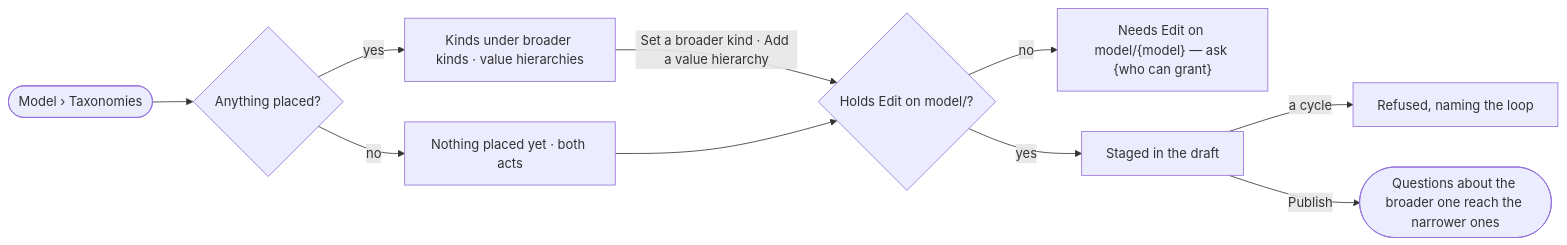
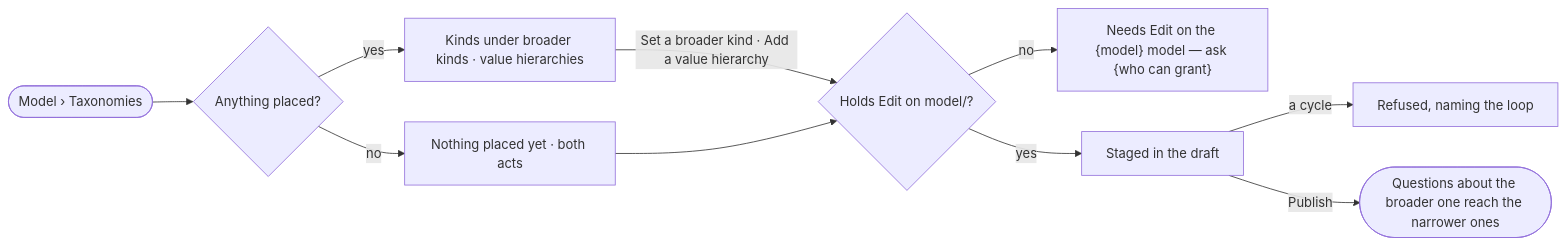
Before and after one commit to invana/invana: the diagram in specs/capabilities/semantics/features/SE-F04-taxonomies/stories/SE-21-place-kinds-and-values-under-broader-ones/story.md, drawn with Mermaid. The commit also changed other lines of this file and 127 other files, not shown here.

````diff
--- a/specs/capabilities/semantics/features/SE-F04-taxonomies/stories/SE-21-place-kinds-and-values-under-broader-ones/story.md
+++ b/specs/capabilities/semantics/features/SE-F04-taxonomies/stories/SE-21-place-kinds-and-values-under-broader-ones/story.md
@@ -28,12 +28,12 @@
 ```mermaid
 flowchart LR
   a([Model › Taxonomies]) --> t{Anything placed?}
   t -->|no| e["Nothing placed yet · both acts"]
   t -->|yes| r["Kinds under broader kinds · value hierarchies"]
   r -->|Set a broader kind · Add a value hierarchy| c{"Holds Edit on model/<model>?"}
   e --> c
-  c -->|no| na["Needs Edit on model/{model} — ask {who can grant}"]
+  c -->|no| na["Needs Edit on the {model} model — ask {who can grant}"]
   c -->|yes| s["Staged in the draft"]
   s -->|a cycle| x["Refused, naming the loop"]
   s -->|Publish| p(["Questions about the broader one reach the narrower ones"])
 ```
````
